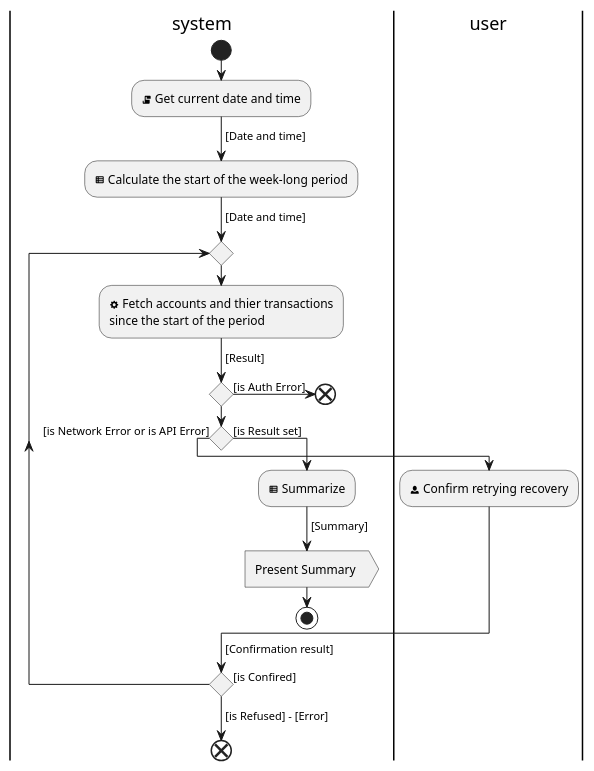
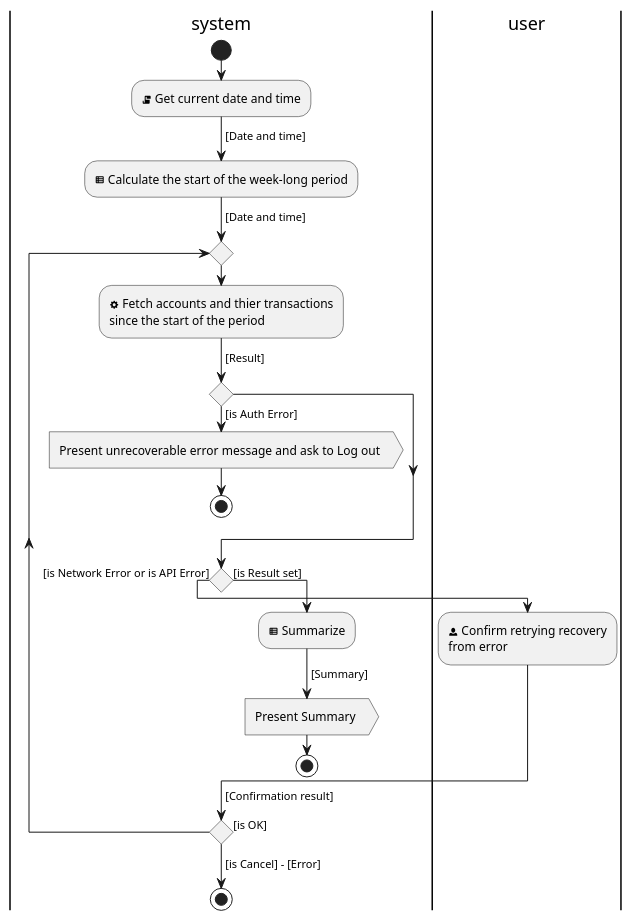
The diagram in diagrams/Present Accounts and RoundUps Summary.puml (hristo-stefanov/MiniBankingDemo), drawn with PlantUML before and after one commit. The commit also changed 1 other file, not shown here.

Commit message:
Simplify use cases and their diagrams

```diff
--- a/diagrams/Present Accounts and RoundUps Summary.puml
+++ b/diagrams/Present Accounts and RoundUps Summary.puml
@@ -1,34 +1,36 @@
 @startuml
 'https://plantuml.com/activity-diagram-beta
 
 |system|
 start
 :<&script> Get current date and time;
 -> [Date and time];
 :<&spreadsheet> Calculate the start of the week-long period;
 -> [Date and time];
 repeat
  :<&cog> Fetch accounts and thier transactions
 since the start of the period;
 -> [Result];
 
 if () then ([is Auth Error])
-    end
+    :Present unrecoverable error message and ask to Log out >
+    stop
 endif
 
 if () then ([is Network Error or is API Error])
     |user|
-    :<&person> Confirm retrying recovery;
+    :<&person> Confirm retrying recovery
+    from error;
     |system|
 else ([is Result set])
     :<&spreadsheet> Summarize;
     -> [Summary];
     :Present Summary >
     stop
 endif
 
 -> [Confirmation result];
-repeat while () is ([is Confired])
--> [is Refused] - [Error];
-end
+repeat while () is ([is OK])
+-> [is Cancel] - [Error];
+stop
 @enduml
```
